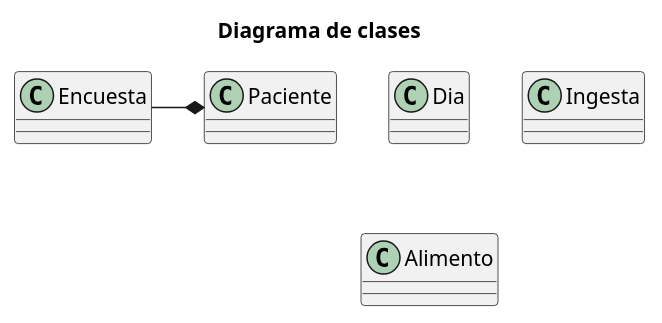
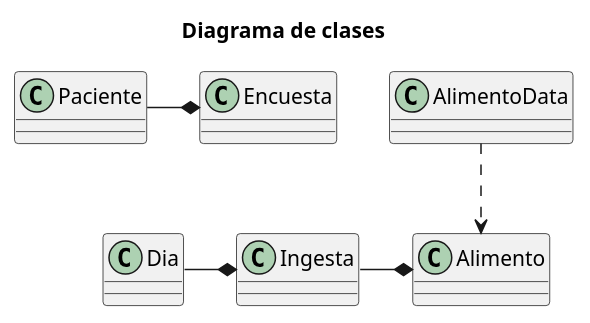
Before and after one commit to mmasias/23-24-eda1: the diagram in entregas/pabloArce/Reto-007/DiagramaDeClases.puml, drawn with PlantUML. The commit also changed 6 other files, not shown here.

```diff
--- a/entregas/pabloArce/Reto-007/DiagramaDeClases.puml
+++ b/entregas/pabloArce/Reto-007/DiagramaDeClases.puml
@@ -1,17 +1,22 @@
 @startuml
 
     title Diagrama de clases
 
     class Encuesta
 
     class Paciente
 
     class Dia
 
     class Ingesta
 
     class Alimento
 
-    Encuesta -* Paciente
+    class AlimentoData
+
+    Paciente -* Encuesta
+    Dia -* Ingesta
+    Ingesta -* Alimento
+    AlimentoData ..> Alimento
 
 @enduml
```
